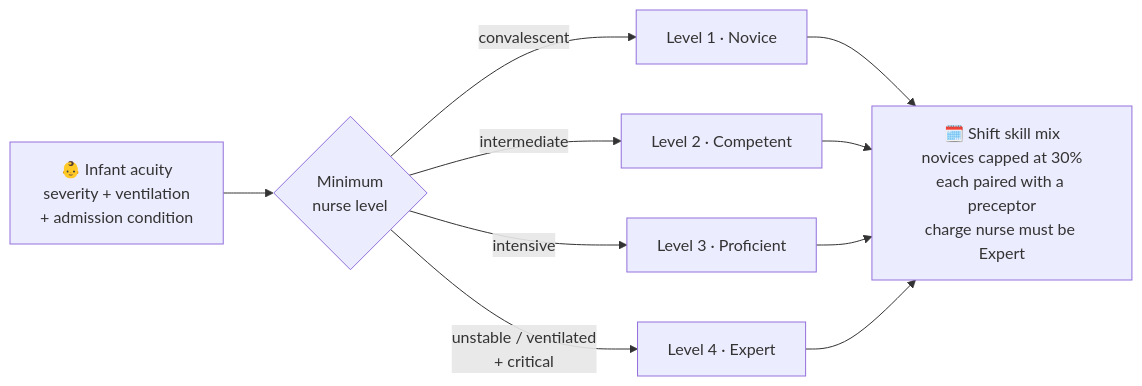
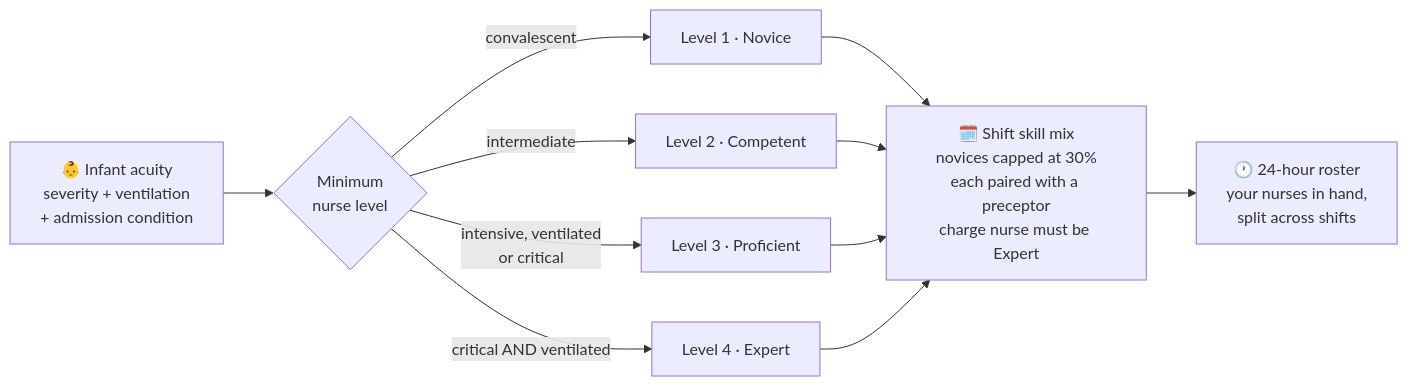
The second of 4 diagrams in README.md (abdulrazakucc/patient-nurse-schedule), drawn with Mermaid before and after one commit. The commit also changed other lines of this file and 12 other files, not shown here.

First line of the commit message:
Roster the nurses you actually have, over 24 hours

````diff
--- a/README.md
+++ b/README.md
@@ -83,12 +83,13 @@
 ```mermaid
 flowchart LR
     A["👶 Infant acuity<br/>severity + ventilation<br/>+ admission condition"] --> B{"Minimum<br/>nurse level"}
     B -->|"convalescent"| L1["Level 1 · Novice"]
     B -->|"intermediate"| L2["Level 2 · Competent"]
-    B -->|"intensive"| L3["Level 3 · Proficient"]
-    B -->|"unstable / ventilated<br/>+ critical"| L4["Level 4 · Expert"]
+    B -->|"intensive, ventilated<br/>or critical"| L3["Level 3 · Proficient"]
+    B -->|"critical AND ventilated"| L4["Level 4 · Expert"]
     L1 --> M["🗓️ Shift skill mix<br/>novices capped at 30%<br/>each paired with a preceptor<br/>charge nurse must be Expert"]
     L2 --> M
     L3 --> M
     L4 --> M
+    M --> R["🕐 24-hour roster<br/>your nurses in hand,<br/>split across shifts"]
 ```
````
